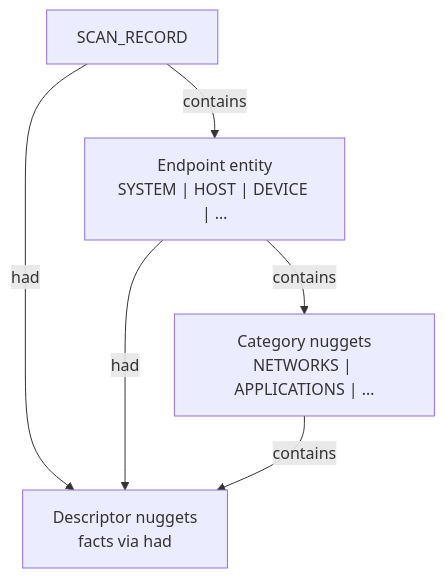
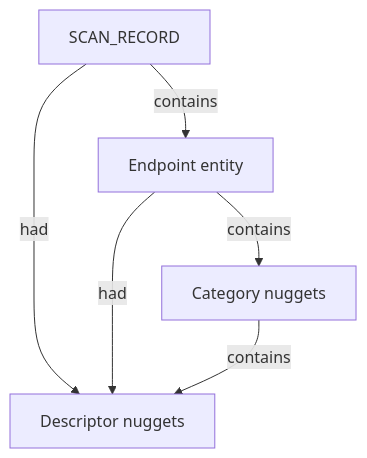
The first of 13 diagrams in .docs/docs-for-cli-tools/_Current_Ontology.md (brettforbes/spiderfeet), drawn with Mermaid before and after one commit. The commit also changed other lines of this file and 56 other files, not shown here.

````diff
--- a/.docs/docs-for-cli-tools/_Current_Ontology.md
+++ b/.docs/docs-for-cli-tools/_Current_Ontology.md
@@ -19,12 +25,12 @@
 ```mermaid
 flowchart TD
   scan["SCAN_RECORD"]
-  endpoint["Endpoint entity\nSYSTEM | HOST | DEVICE | …"]
-  cat["Category nuggets\nNETWORKS | APPLICATIONS | …"]
-  desc["Descriptor nuggets\nfacts via had"]
+  endpoint["Endpoint entity"]
+  cat["Category nuggets"]
+  desc["Descriptor nuggets"]
   scan -->|contains| endpoint
   scan -->|had| desc
   endpoint -->|contains| cat
   endpoint -->|had| desc
   cat -->|contains| desc
 ```
````
